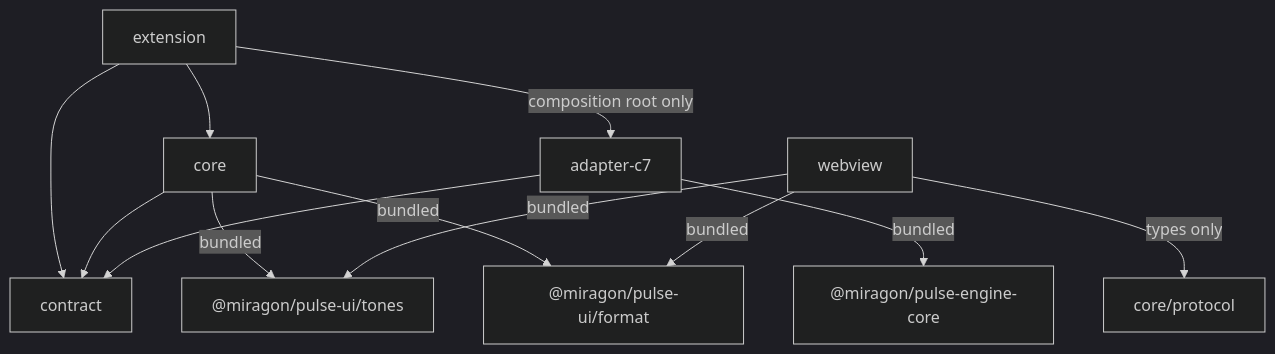
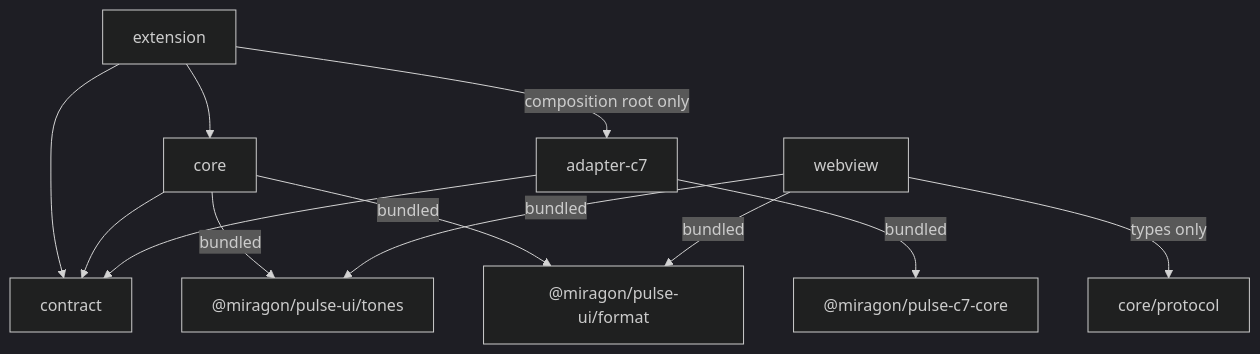
The third of 7 diagrams in apps/vscode/docs/architecture-overview.md (Miragon/pulse), drawn with Mermaid (dark theme) before and after one commit. The commit also changed other lines of this file and 257 other files, not shown here.

````diff
--- a/apps/vscode/docs/architecture-overview.md
+++ b/apps/vscode/docs/architecture-overview.md
@@ -127,14 +127,14 @@
 ```mermaid
 flowchart TB
   extension --> core
   extension --> contract
   extension -- composition root only --> adapterC7[adapter-c7]
   core --> contract
   webview -- types only --> protocol[core/protocol]
   adapterC7 --> contract
-  adapterC7 -- bundled --> engineCore["@miragon/pulse-engine-core"]
+  adapterC7 -- bundled --> c7Core["@miragon/pulse-c7-core"]
   core -- bundled --> tones["@miragon/pulse-ui/tones"]
   webview -- bundled --> tones
   core -- bundled --> format["@miragon/pulse-ui/format"]
   webview -- bundled --> format
 ```
````
